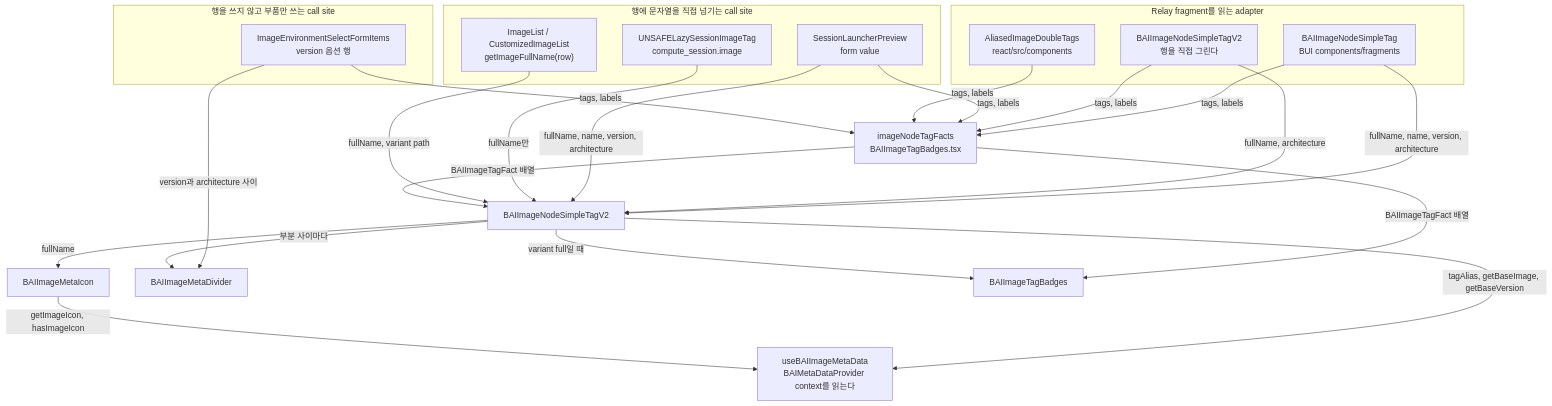
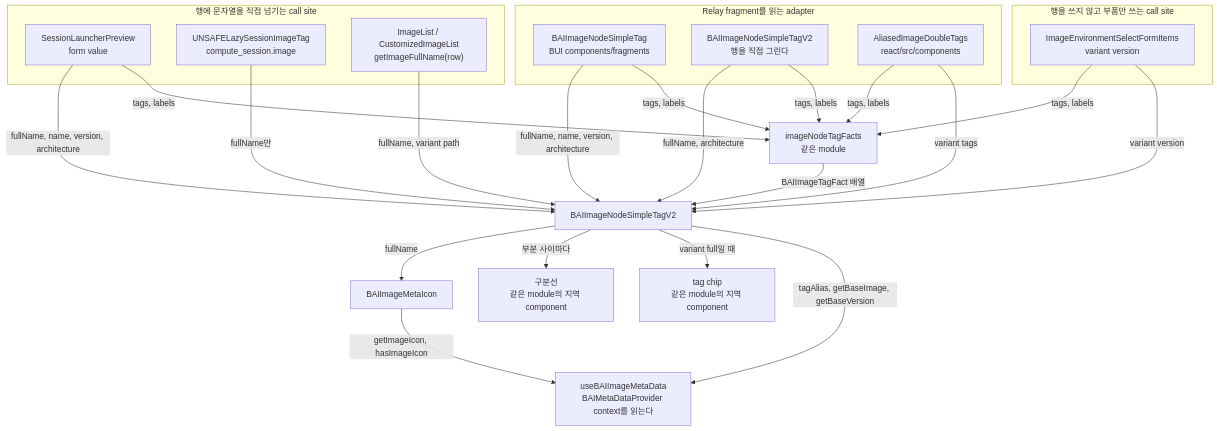
The diagram in docs/adr/0004-container-image-meta-row.md (lablup/backend.ai-webui), drawn with Mermaid before and after one commit. The commit also changed other lines of this file and 11 other files, not shown here.

````diff
--- a/docs/adr/0004-container-image-meta-row.md
+++ b/docs/adr/0004-container-image-meta-row.md
@@ -36,41 +36,41 @@
 ```mermaid
 flowchart TB
   subgraph schema["Relay fragment를 읽는 adapter"]
     v1["BAIImageNodeSimpleTag<br/>BUI components/fragments"]
     v2["BAIImageNodeSimpleTagV2<br/>행을 직접 그린다"]
     tagsOnly["AliasedImageDoubleTags<br/>react/src/components"]
   end
   subgraph plain["행에 문자열을 직접 넘기는 call site"]
     launcher["SessionLauncherPreview<br/>form value"]
     lazy["UNSAFELazySessionImageTag<br/>compute_session.image"]
     lists["ImageList / CustomizedImageList<br/>getImageFullName(row)"]
   end
   subgraph rowless["행을 쓰지 않고 부품만 쓰는 call site"]
-    envSelect["ImageEnvironmentSelectFormItems<br/>version 옵션 행"]
+    envSelect["ImageEnvironmentSelectFormItems<br/>variant version"]
   end
-  facts["imageNodeTagFacts<br/>BAIImageTagBadges.tsx"]
+  facts["imageNodeTagFacts<br/>같은 module"]
   row["BAIImageNodeSimpleTagV2"]
   icon["BAIImageMetaIcon"]
-  divider["BAIImageMetaDivider"]
-  badges["BAIImageTagBadges"]
+  divider["구분선<br/>같은 module의 지역 component"]
+  badges["tag chip<br/>같은 module의 지역 component"]
   meta["useBAIImageMetaData<br/>BAIMetaDataProvider context를 읽는다"]
 
   v1 -- "fullName, name, version, architecture" --> row
   v2 -- "fullName, architecture" --> row
   launcher -- "fullName, name, version, architecture" --> row
   lazy -- "fullName만" --> row
   lists -- "fullName, variant path" --> row
   v1 -- "tags, labels" --> facts
   v2 -- "tags, labels" --> facts
   launcher -- "tags, labels" --> facts
   tagsOnly -- "tags, labels" --> facts
+  tagsOnly -- "variant tags" --> row
   envSelect -- "tags, labels" --> facts
+  envSelect -- "variant version" --> row
   facts -- "BAIImageTagFact 배열" --> row
-  facts -- "BAIImageTagFact 배열" --> badges
-  envSelect -- "version과 architecture 사이" --> divider
   row -- "fullName" --> icon
   row -- "부분 사이마다" --> divider
   row -- "variant full일 때" --> badges
   row -- "tagAlias, getBaseImage, getBaseVersion" --> meta
   icon -- "getImageIcon, hasImageIcon" --> meta
 ```
````
